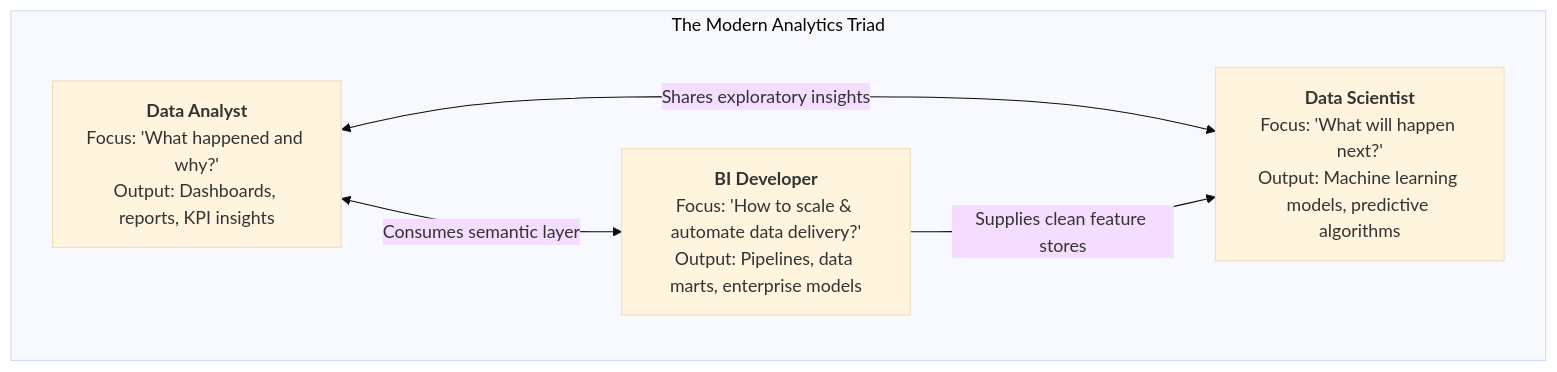
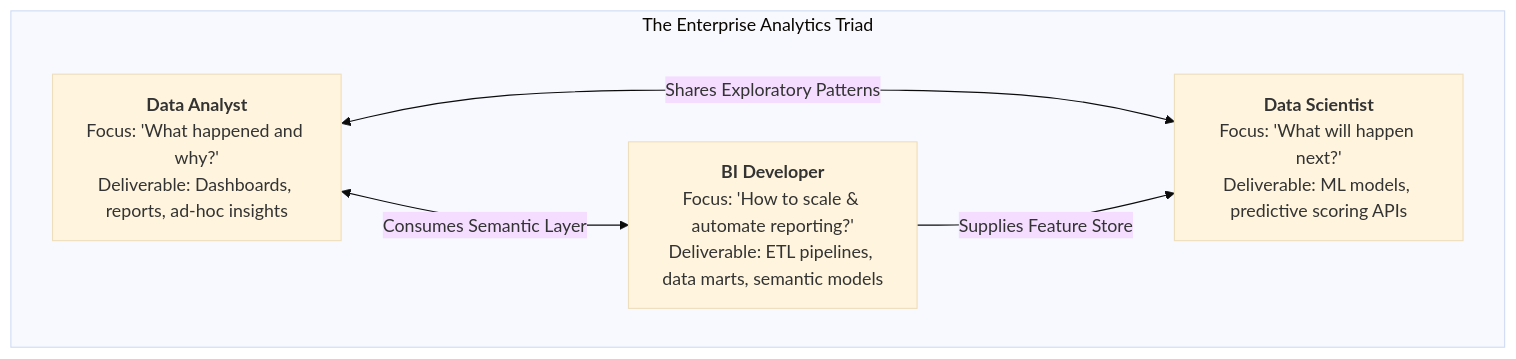
Before and after one commit to DeepLumiere/DeepSkills: the seventh of 7 diagrams in notes/data_analysis/Chapter7_Introduction_to_Business_Data.md, drawn with Mermaid (base theme). The commit also changed other lines of this file and 8 other files, not shown here.

````diff
--- a/notes/data_analysis/Chapter7_Introduction_to_Business_Data.md
+++ b/notes/data_analysis/Chapter7_Introduction_to_Business_Data.md
@@ -336,11 +250,11 @@
 ```mermaid
 flowchart TD
-    subgraph DataRoles["The Modern Analytics Triad"]
-        DA["<b>Data Analyst</b><br/>Focus: 'What happened and why?'<br/>Output: Dashboards, reports, KPI insights"]
-        BI["<b>BI Developer</b><br/>Focus: 'How to scale & automate data delivery?'<br/>Output: Pipelines, data marts, enterprise models"]
-        DS["<b>Data Scientist</b><br/>Focus: 'What will happen next?'<br/>Output: Machine learning models, predictive algorithms"]
+    subgraph AnalyticsTriad["The Enterprise Analytics Triad"]
+        DA["<b>Data Analyst</b><br/>Focus: 'What happened and why?'<br/>Deliverable: Dashboards, reports, ad-hoc insights"]
+        BI["<b>BI Developer</b><br/>Focus: 'How to scale & automate reporting?'<br/>Deliverable: ETL pipelines, data marts, semantic models"]
+        DS["<b>Data Scientist</b><br/>Focus: 'What will happen next?'<br/>Deliverable: ML models, predictive scoring APIs"]
     end
-    DA <-->|Consumes semantic layer| BI
-    DA <-->|Shares exploratory insights| DS
-    BI -->|Supplies clean feature stores| DS
+    DA <-->|Consumes Semantic Layer| BI
+    DA <-->|Shares Exploratory Patterns| DS
+    BI -->|Supplies Feature Store| DS
 ```
````
